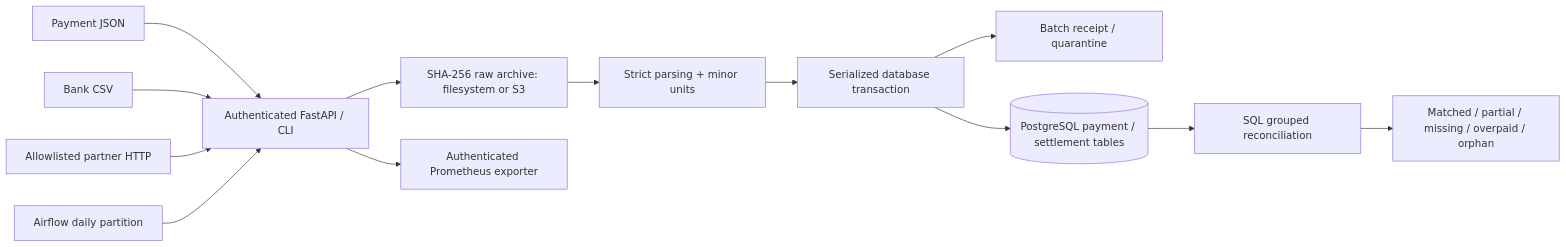
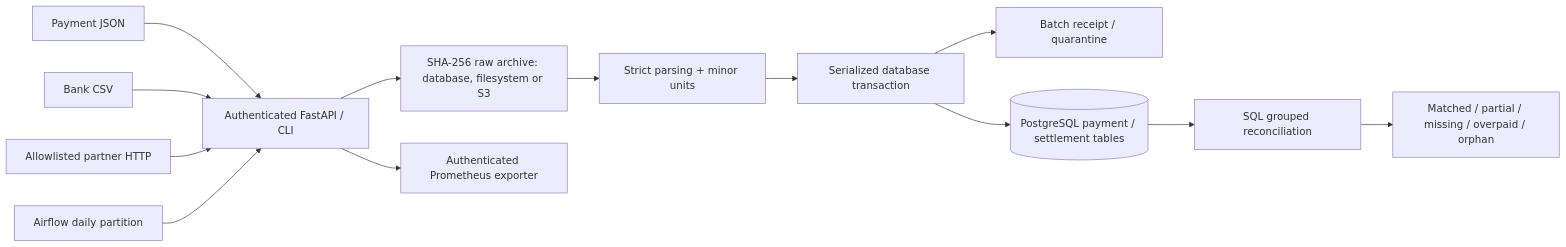
One commit to 9059Rohith/settlement-recon changed the diagram in docs/architecture.md. Above: the diagram before and after it, drawn with Mermaid. The commit also changed other lines of this file and 18 other files, not shown here.

````diff
--- a/docs/architecture.md
+++ b/docs/architecture.md
@@ -3,15 +3,15 @@
 ```mermaid
 flowchart LR
   JSON[Payment JSON] --> API[Authenticated FastAPI / CLI]
   CSV[Bank CSV] --> API
   HTTP[Allowlisted partner HTTP] --> API
   Airflow[Airflow daily partition] --> API
-  API --> Archive[SHA-256 raw archive: filesystem or S3]
+  API --> Archive[SHA-256 raw archive: database, filesystem or S3]
   Archive --> Parse[Strict parsing + minor units]
   Parse --> Tx[Serialized database transaction]
   Tx --> Batch[Batch receipt / quarantine]
   Tx --> PG[(PostgreSQL payment / settlement tables)]
   PG --> SQL[SQL grouped reconciliation]
   SQL --> Exceptions[Matched / partial / missing / overpaid / orphan]
   API --> Prom[Authenticated Prometheus exporter]
 ```
````
